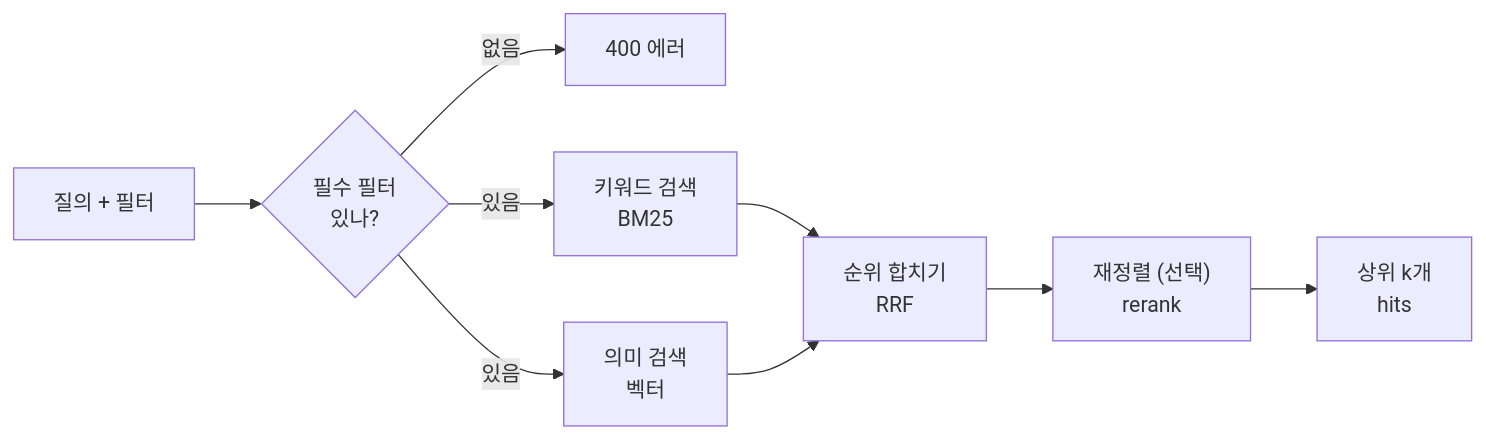
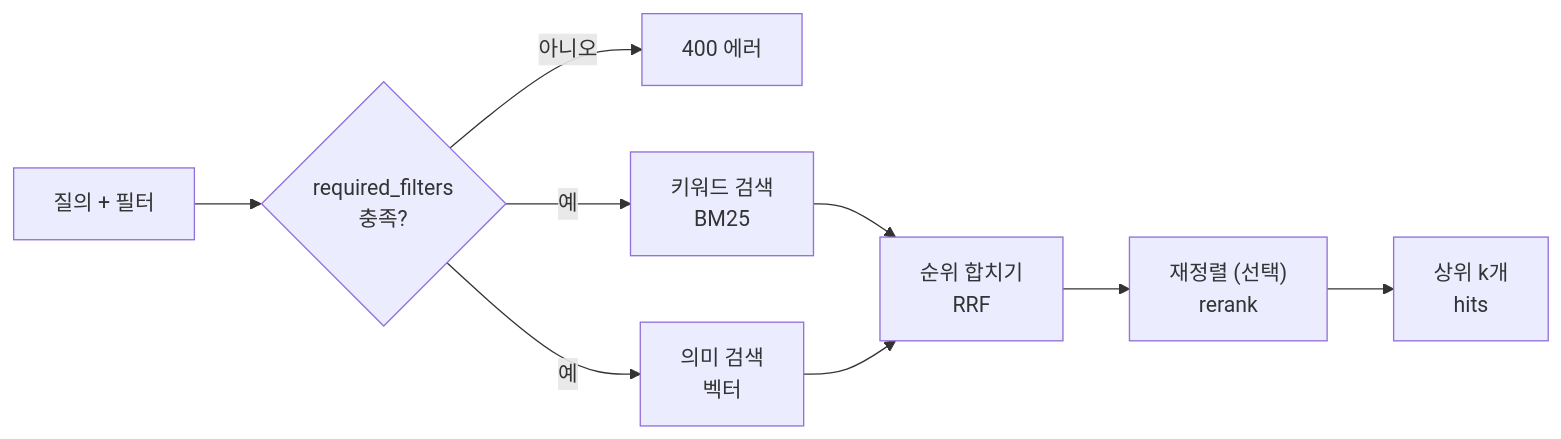
One commit to pilsu-choi/folio changed the fifth of 7 diagrams in README.md. Above: the diagram before and after it, drawn with Mermaid. The commit also changed other lines of this file and 1 other file, not shown here.

Commit message:
docs(readme): fix parse/search diagram labels, restore DAG path and contract note

````diff
--- a/README.md
+++ b/README.md
@@ -106,11 +106,11 @@
 ```mermaid
 flowchart LR
-    Q["질의 + 필터"] --> F{"필수 필터<br/>있나?"}
-    F -- "없음" --> E400["400 에러"]
-    F -- "있음" --> B["키워드 검색<br/>BM25"]
-    F -- "있음" --> V["의미 검색<br/>벡터"]
+    Q["질의 + 필터"] --> F{"required_filters<br/>충족?"}
+    F -- "아니오" --> E400["400 에러"]
+    F -- "예" --> B["키워드 검색<br/>BM25"]
+    F -- "예" --> V["의미 검색<br/>벡터"]
     B --> R["순위 합치기<br/>RRF"]
     V --> R
     R --> RR["재정렬 (선택)<br/>rerank"]
     RR --> H["상위 k개<br/>hits"]
 ```
````
